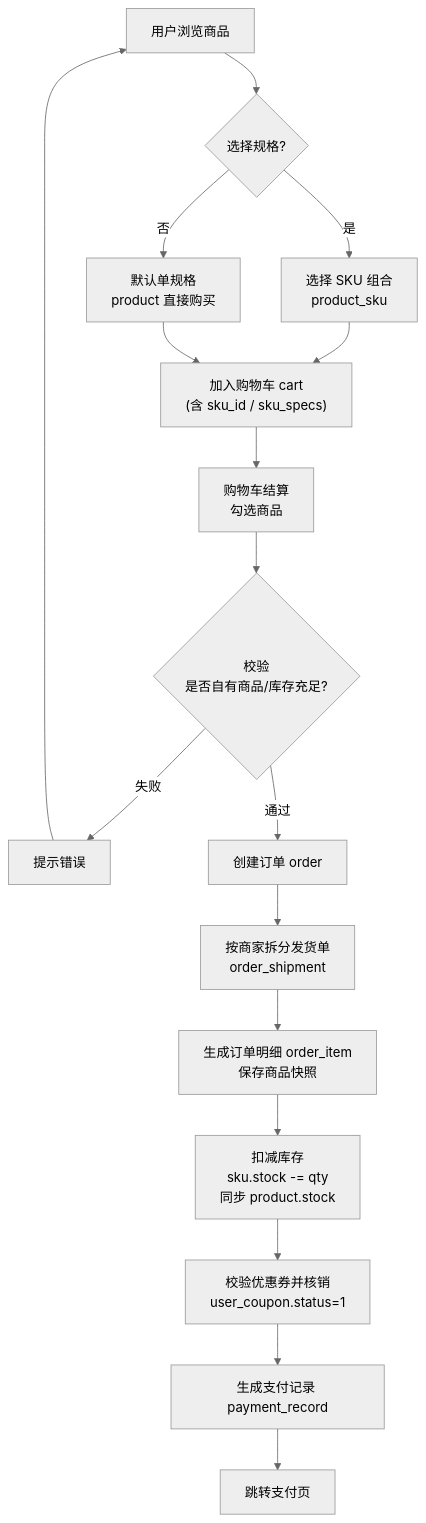
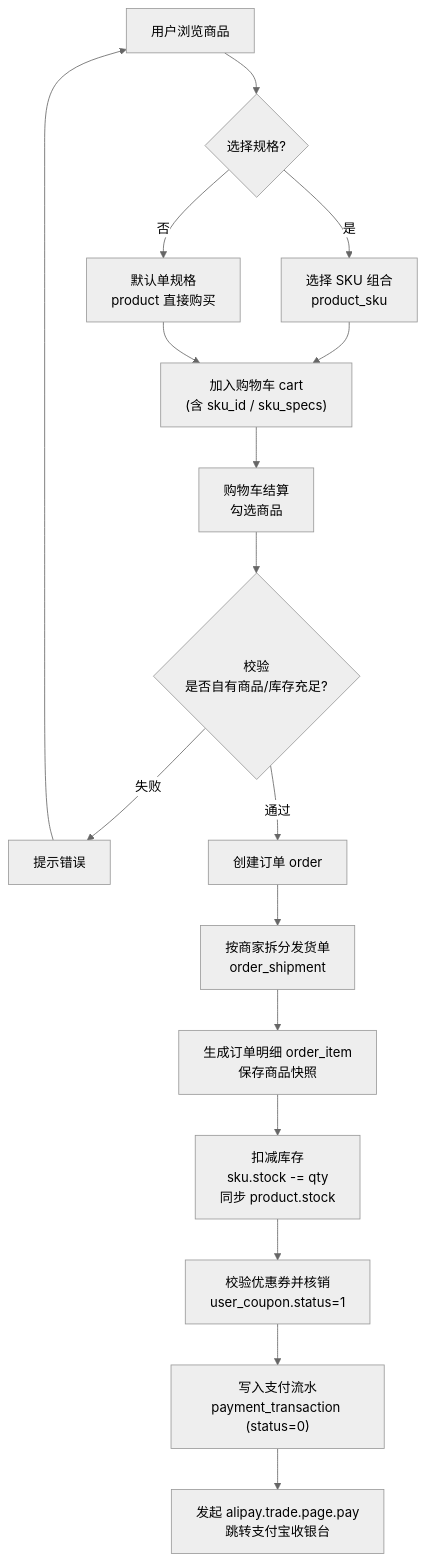
Before and after one commit to shuxinwu718-web/Eshop_front: the ninth of 12 diagrams in docs/数据库设计文档.md, drawn with Mermaid (neutral theme). The commit also changed other lines of this file and 86 other files, not shown here.

````diff
--- a/docs/数据库设计文档.md
+++ b/docs/数据库设计文档.md
@@ -995,19 +1076,19 @@
 ```mermaid
 flowchart TD
     A["用户浏览商品"] --> B{"选择规格?"}
     B -->|"是"| C["选择 SKU 组合<br/>product_sku"]
     B -->|"否"| D["默认单规格<br/>product 直接购买"]
     C --> E["加入购物车 cart<br/>(含 sku_id / sku_specs)"]
     D --> E
     E --> F["购物车结算<br/>勾选商品"]
     F --> G{"校验<br/>是否自有商品/库存充足?"}
     G -->|"失败"| H["提示错误"]
     G -->|"通过"| I["创建订单 order"]
     I --> J["按商家拆分发货单<br/>order_shipment"]
     J --> K["生成订单明细 order_item<br/>保存商品快照"]
     K --> L["扣减库存<br/>sku.stock -= qty<br/>同步 product.stock"]
     L --> M["校验优惠券并核销<br/>user_coupon.status=1"]
-    M --> N["生成支付记录 payment_record"]
-    N --> O["跳转支付页"]
+    M --> N["写入支付流水<br/>payment_transaction (status=0)"]
+    N --> O["发起 alipay.trade.page.pay<br/>跳转支付宝收银台"]
     H --> A
 ```
````
